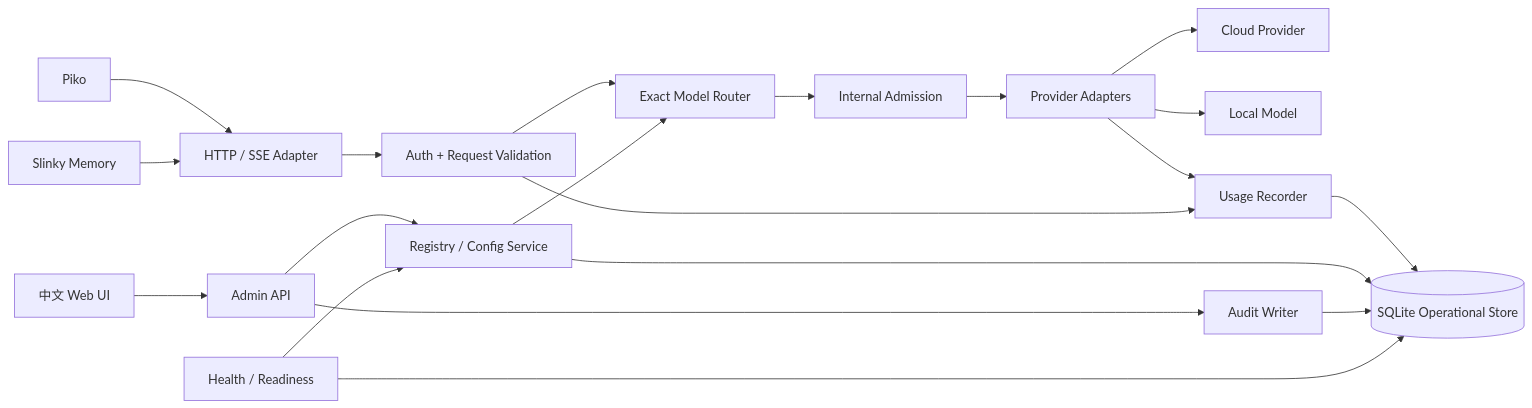
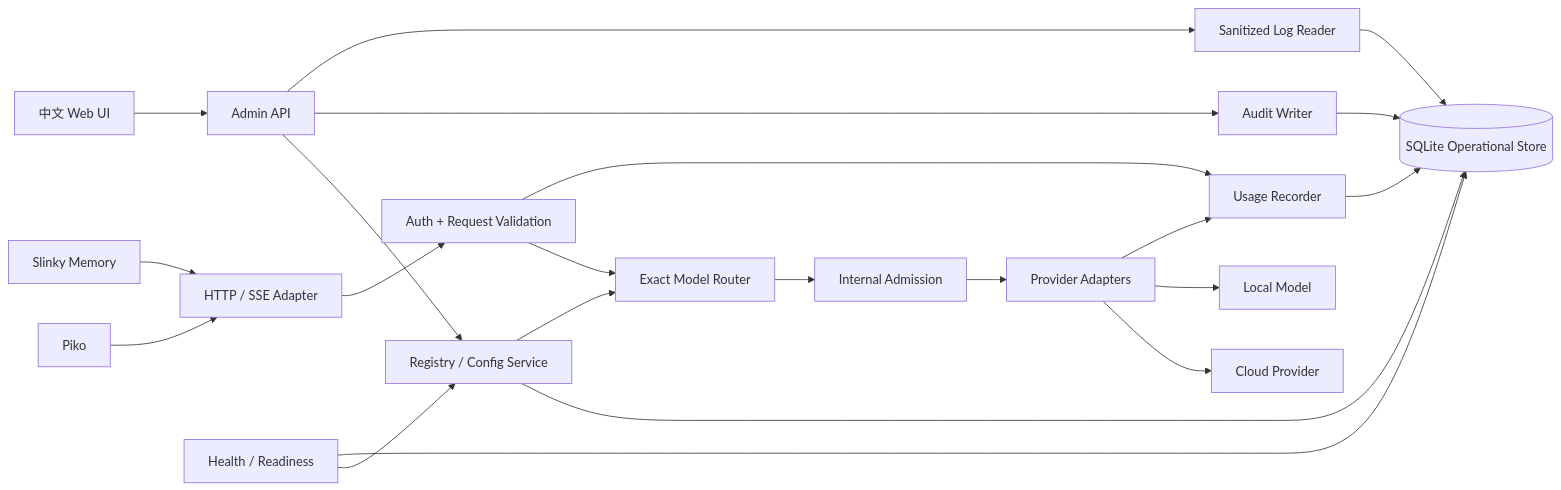
One commit to corezilla/LLMTier changed the first of 2 diagrams in docs/40_module_design/llmtier-core-design.md. Above: the diagram before and after it, drawn with Mermaid. The commit also changed other lines of this file and 43 other files, not shown here.

````diff
--- a/docs/40_module_design/llmtier-core-design.md
+++ b/docs/40_module_design/llmtier-core-design.md
@@ -34,22 +34,24 @@
 ```mermaid
 flowchart LR
   P[Piko] --> H[HTTP / SSE Adapter]
   K[Slinky Memory] --> H
   H --> A[Auth + Request Validation]
   A --> R[Exact Model Router]
   R --> Q[Internal Admission]
   Q --> PA[Provider Adapters]
   PA --> CP[Cloud Provider]
   PA --> LP[Local Model]
   PA --> U[Usage Recorder]
   A --> U
   U --> S[(SQLite Operational Store)]
   ADM[Admin API] --> C[Registry / Config Service]
   UI[中文 Web UI] --> ADM
   C --> S
   C --> R
   ADM --> AU[Audit Writer]
   AU --> S
+  ADM --> LG[Sanitized Log Reader]
+  LG --> S
   HC[Health / Readiness] --> C
   HC --> S
 ```
````
